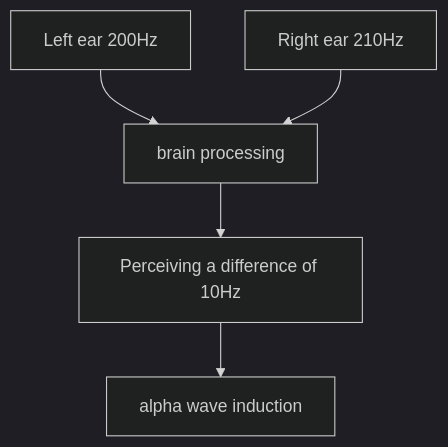
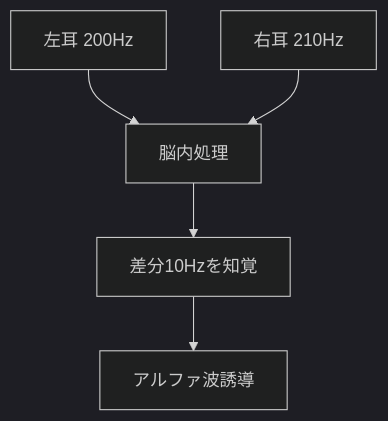
One commit to monumental-movement/monumental-movement.github.io changed the second of 6 diagrams in en/_posts/2026-04-11-column-concentration-music-relation.md. Above: the diagram before and after it, drawn with Mermaid (dark theme). The commit also changed other lines of this file and 2196 other files, not shown here.

```diff
--- a/en/_posts/2026-04-11-column-concentration-music-relation.md
+++ b/en/_posts/2026-04-11-column-concentration-music-relation.md
@@ -112,7 +112,7 @@
 <div class="mermaid">
 graph TD
-    L[Left ear 200Hz] --> BRAIN[brain processing]
-    R[Right ear 210Hz] --> BRAIN
-    BRAIN --> RESULT[Perceiving a difference of 10Hz]
-    RESULT --> EFFECT[alpha wave induction]
+    L[左耳 200Hz] --> BRAIN[脳内処理]
+    R[右耳 210Hz] --> BRAIN
+    BRAIN --> RESULT[差分10Hzを知覚]
+    RESULT --> EFFECT[アルファ波誘導]
 </div>
```
